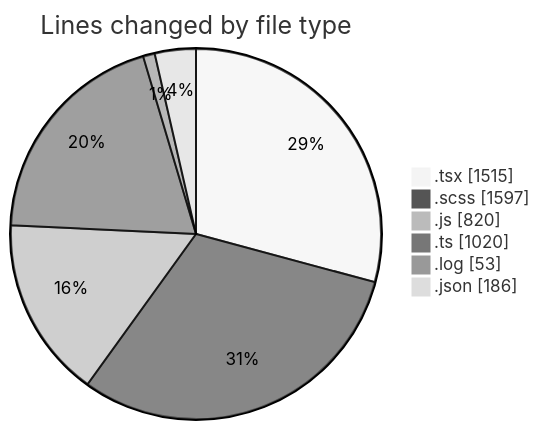
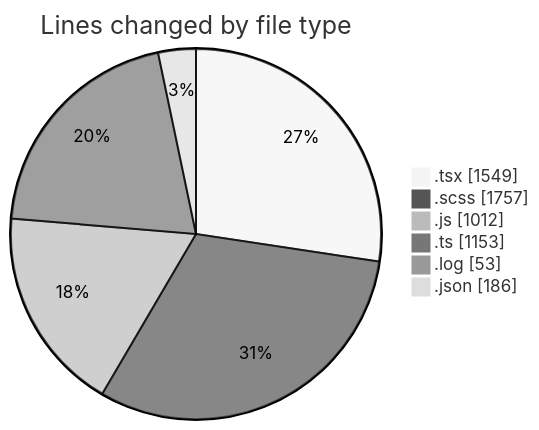
The first of 2 diagrams in 2026-03-25/cda/README.md (momahboobian/code-tracking), drawn with Mermaid (neutral theme) before and after one commit. The commit also changed other lines of this file and 1 other file, not shown here.

````diff
--- a/2026-03-25/cda/README.md
+++ b/2026-03-25/cda/README.md
@@ -28,10 +28,10 @@
 ```mermaid
 pie showData
 title Lines changed by file type
-".tsx" : 1515
-".scss" : 1597
-".js" : 820
-".ts" : 1020
+".tsx" : 1549
+".scss" : 1757
+".js" : 1012
+".ts" : 1153
 ".log" : 53
 ".json" : 186
 ```
````
